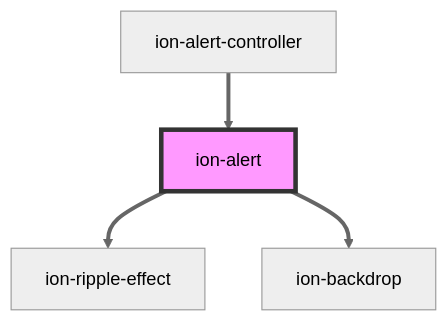
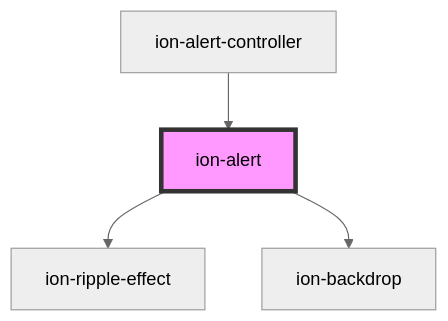
Before and after one commit to ionic-team/ionic-framework: the diagram in core/src/components/alert/readme.md, drawn with Mermaid (neutral theme). The commit also changed other lines of this file and 39 other files, not shown here.

````diff
--- a/core/src/components/alert/readme.md
+++ b/core/src/components/alert/readme.md
@@ -1145,7 +1145,7 @@
 ```mermaid
 graph TD;
-  ion-alert ==> ion-ripple-effect
-  ion-alert ==> ion-backdrop
-  ion-alert-controller ==> ion-alert
+  ion-alert --> ion-ripple-effect
+  ion-alert --> ion-backdrop
+  ion-alert-controller --> ion-alert
   style ion-alert fill:#f9f,stroke:#333,stroke-width:4px
 ```
````
